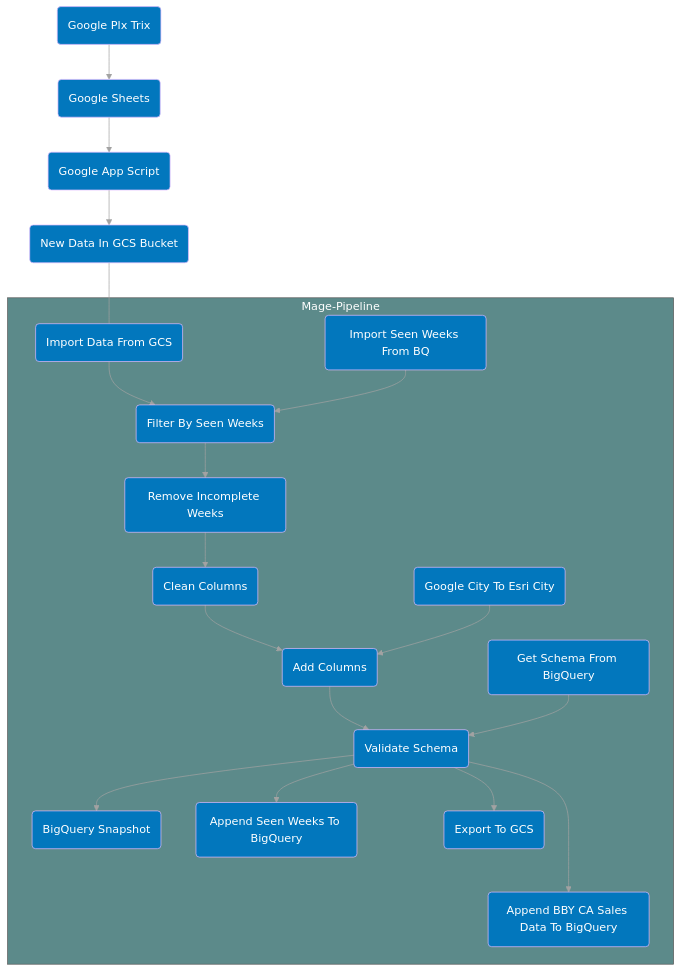
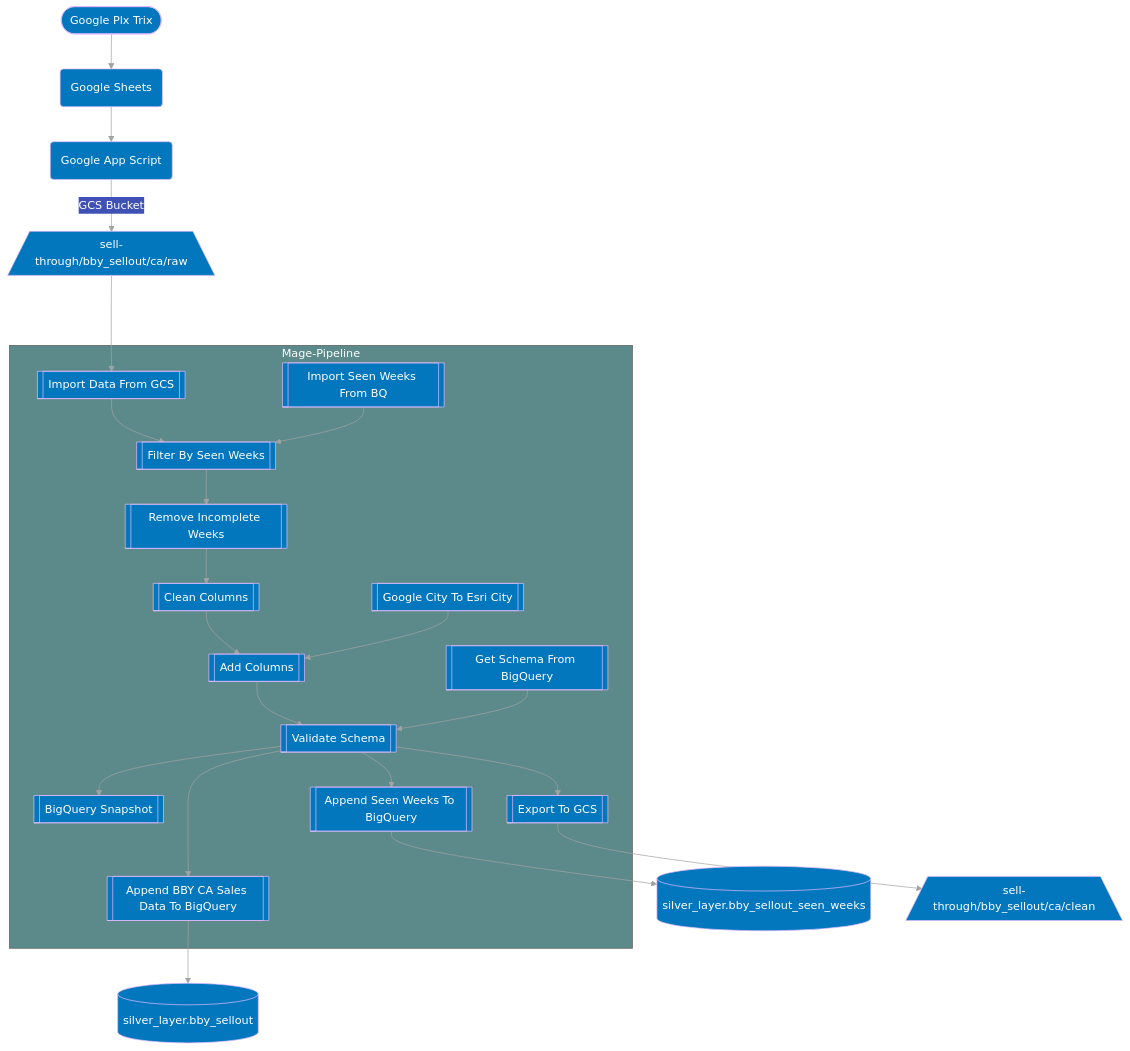
The diagram in documentation/pipelines/ca_bby.md (CarrierOps/1P-Wiki), drawn with Mermaid before and after one commit. The commit also changed other lines of this file and 7 other files, not shown here.

````diff
--- a/documentation/pipelines/ca_bby.md
+++ b/documentation/pipelines/ca_bby.md
@@ -11,62 +11,73 @@
 ```mermaid
 flowchart TD
 %%{
   init: {
     'theme': 'base',
     'themeVariables': {
       'primaryColor': '#0277bd',
       'primaryTextColor': '#ffffff',
       'primaryBorderColor': '#e0bbff',
       'lineColor': '#a2a2a2',
       'secondaryColor': '#3f51b5',
       'tertiaryColor': '#5c8a8a',
       'tertiaryTextColor': '#ffffff'
     }
   }
 }%%
 
-id0(Google Plx Trix)
+id0([Google Plx Trix])
 id00(Google Sheets)
 id000(Google App Script)
-id0000(New Data In GCS Bucket)
+id0000[/sell-through/bby_sellout/ca/raw\]
 id0-->id00
 id00 --> id000
-id000 --> id0000
-id0000---id1
+id000--GCS Bucket --> id0000
+id0000--->id1
 
 subgraph Mage-Pipeline
-id1(Import Data From GCS)
-id2(Google City To Esri City)
-id3(Import Seen Weeks From BQ)
-id4(Get Schema From BigQuery)
-id5(Filter By Seen Weeks)
+id1[[Import Data From GCS]]
+id2[[Google City To Esri City]]
+id3[[Import Seen Weeks From BQ]]
+id4[[Get Schema From BigQuery]]
+id5[[Filter By Seen Weeks]]
 id1-->id5
 id3-->id5
-id6(Remove Incomplete Weeks)
+id6[[Remove Incomplete Weeks]]
 id5--> id6
 
-id7(Clean Columns)
-id8(Add Columns)
+id7[[Clean Columns]]
+id8[[Add Columns]]
 id6-->id7
 id7-->id8
 id2-->id8
 
-id9(Validate Schema)
+id9[[Validate Schema]]
 id8--> id9
 id4-->id9
 
-id10(BigQuery Snapshot)
+id10[[BigQuery Snapshot]]
 id9-->id10
 
-id11(Append Seen Weeks To BigQuery)
-id12(Export To GCS)
-id13(Append BBY CA Sales Data To BigQuery)
+id11[[Append Seen Weeks To BigQuery]]
+id12[[Export To GCS]]
+id13[[Append BBY CA Sales Data To BigQuery]]
 
 id9-->id11
 id9-->id12
 id9--->id13
 
 
+end
+id14[(silver_layer.bby_sellout)]
+id15[(silver_layer.bby_sellout_seen_weeks)]
+id16[/sell-through/bby_sellout/ca/clean\]
 
-end
+id13 --> id14
+id11 --> id15
+id12 --> id16
+
+
+
+
+
 ```
````
